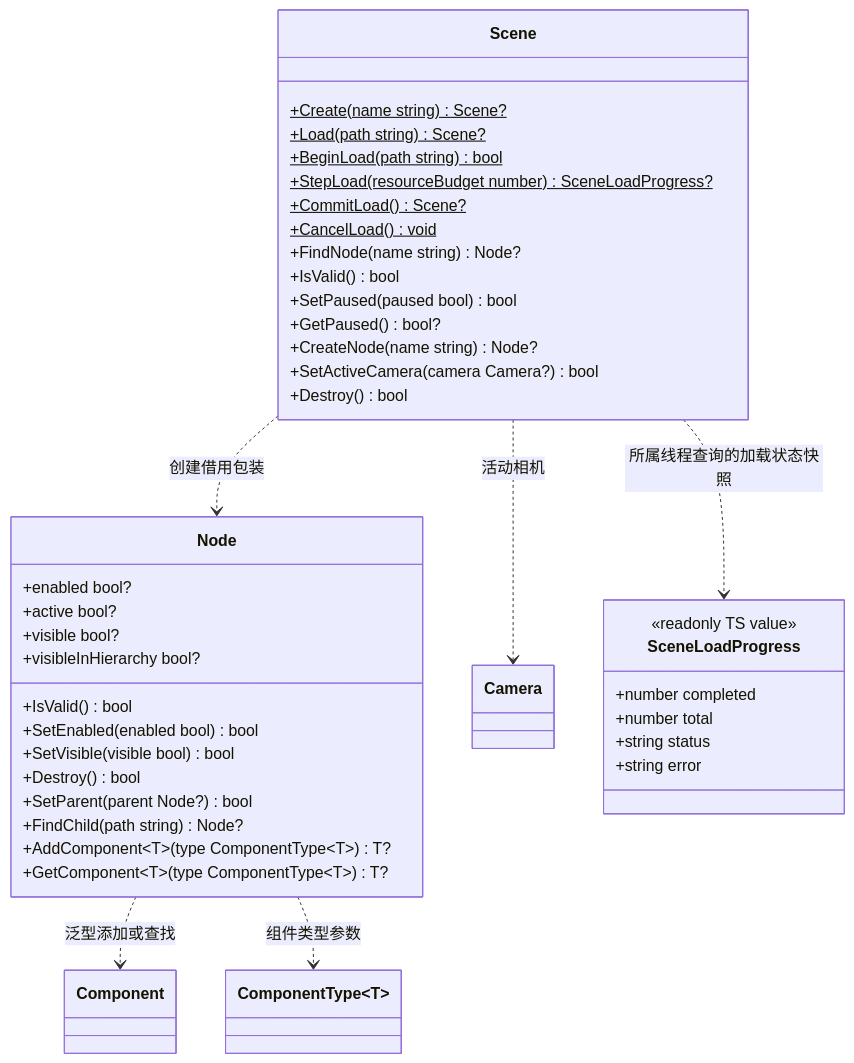
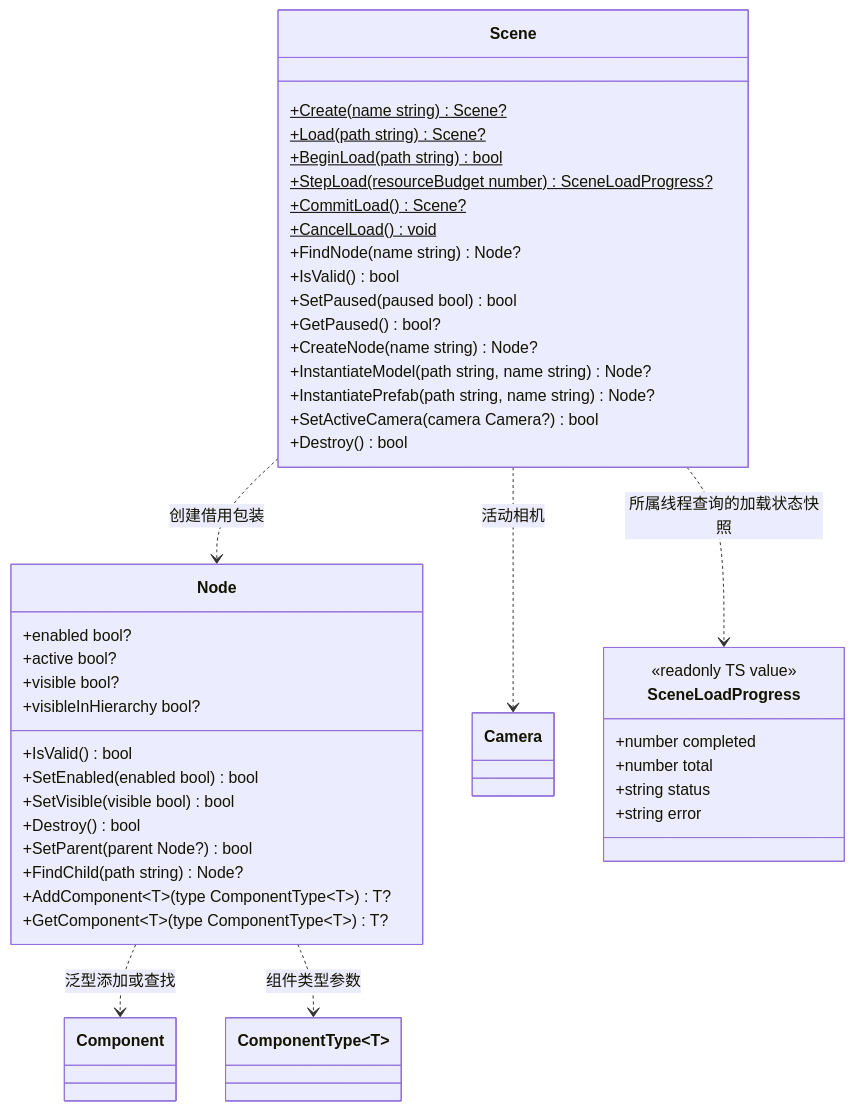
One commit to lcals/Engine changed the second of 3 diagrams in docs/runtime/class-diagrams/gameplay.md. Above: the diagram before and after it, drawn with Mermaid. The commit also changed 193 other files, not shown here.

````diff
--- a/docs/runtime/class-diagrams/gameplay.md
+++ b/docs/runtime/class-diagrams/gameplay.md
@@ -47,48 +47,50 @@
 ```mermaid
 classDiagram
     direction TB
     class Scene {
         +Create(name string) Scene?$
         +Load(path string) Scene?$
         +BeginLoad(path string) bool$
         +StepLoad(resourceBudget number) SceneLoadProgress?$
         +CommitLoad() Scene?$
         +CancelLoad() void$
         +FindNode(name string) Node?
         +IsValid() bool
         +SetPaused(paused bool) bool
         +GetPaused() bool?
         +CreateNode(name string) Node?
+        +InstantiateModel(path string, name string) Node?
+        +InstantiatePrefab(path string, name string) Node?
         +SetActiveCamera(camera Camera?) bool
         +Destroy() bool
     }
     class Node {
         +IsValid() bool
         +SetEnabled(enabled bool) bool
         +enabled bool?
         +active bool?
         +SetVisible(visible bool) bool
         +visible bool?
         +visibleInHierarchy bool?
         +Destroy() bool
         +SetParent(parent Node?) bool
         +FindChild(path string) Node?
         +AddComponent~T~(type ComponentType~T~) T?
         +GetComponent~T~(type ComponentType~T~) T?
     }
     class Component
     class ComponentType~T~
     class Camera
     class SceneLoadProgress {
         <<readonly TS value>>
         +number completed
         +number total
         +string status
         +string error
     }
     Scene ..> Node : 创建借用包装
     Scene ..> Camera : 活动相机
     Scene ..> SceneLoadProgress : 所属线程查询的加载状态快照
     Node ..> Component : 泛型添加或查找
     Node ..> ComponentType : 组件类型参数
 ```
````
